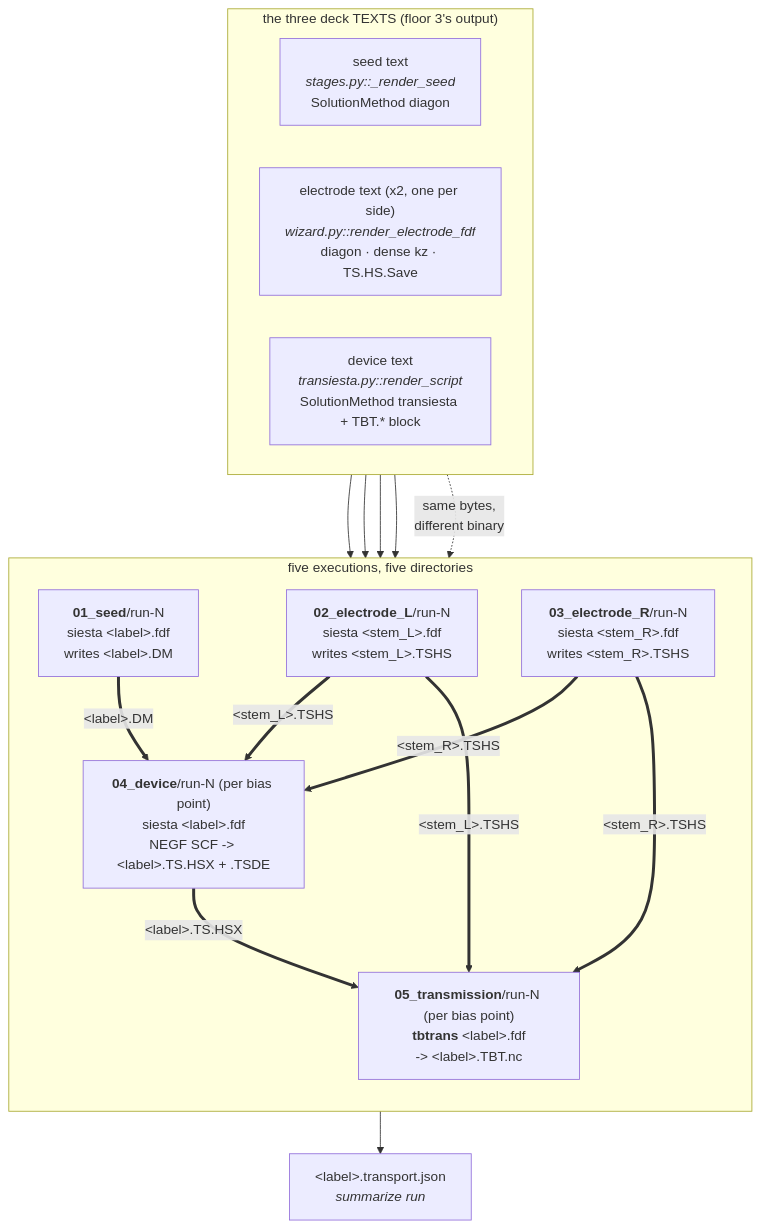
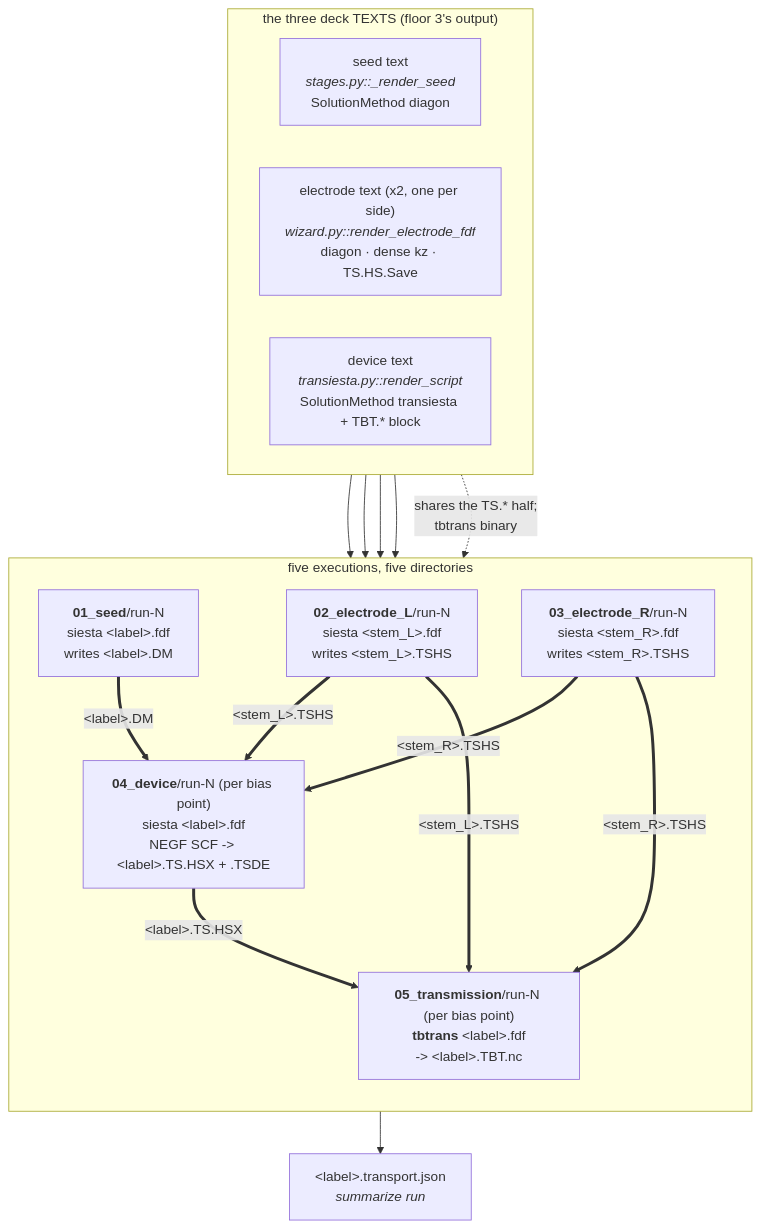
The eighth of 8 diagrams in docs/engines/transport.md (Qing-LAB/molbuilder), drawn with Mermaid before and after one commit. The commit also changed other lines of this file, not shown here.

````diff
--- a/docs/engines/transport.md
+++ b/docs/engines/transport.md
@@ -1532,32 +1683,32 @@
 ```mermaid
 flowchart TB
     subgraph TXT["the three deck TEXTS (floor 3's output)"]
       direction LR
       T1["seed text<br/><i>stages.py::_render_seed</i><br/>SolutionMethod diagon"]
       T2["electrode text (x2, one per side)<br/><i>wizard.py::render_electrode_fdf</i><br/>diagon · dense kz · TS.HS.Save"]
       T3["device text<br/><i>transiesta.py::render_script</i><br/>SolutionMethod transiesta + TBT.* block"]
     end
 
     T1 --> S1
     T2 --> S2
     T2 --> S3
     T3 --> S4
-    T3 -.->|"same bytes,<br/>different binary"| S5
+    T3 -.->|"shares the TS.* half;<br/>tbtrans binary"| S5
 
     subgraph RUN["five executions, five directories"]
       direction TB
       S1["<b>01_seed</b>/run-N<br/>siesta &lt;label&gt;.fdf<br/>writes &lt;label&gt;.DM"]
       S2["<b>02_electrode_L</b>/run-N<br/>siesta &lt;stem_L&gt;.fdf<br/>writes &lt;stem_L&gt;.TSHS"]
       S3["<b>03_electrode_R</b>/run-N<br/>siesta &lt;stem_R&gt;.fdf<br/>writes &lt;stem_R&gt;.TSHS"]
       S4["<b>04_device</b>/run-N (per bias point)<br/>siesta &lt;label&gt;.fdf<br/>NEGF SCF -> &lt;label&gt;.TS.HSX + .TSDE"]
       S5["<b>05_transmission</b>/run-N (per bias point)<br/><b>tbtrans</b> &lt;label&gt;.fdf<br/>-> &lt;label&gt;.TBT.nc"]
     end
 
     S1 ==>|"&lt;label&gt;.DM"| S4
     S2 ==>|"&lt;stem_L&gt;.TSHS"| S4
     S3 ==>|"&lt;stem_R&gt;.TSHS"| S4
     S2 ==>|"&lt;stem_L&gt;.TSHS"| S5
     S3 ==>|"&lt;stem_R&gt;.TSHS"| S5
     S4 ==>|"&lt;label&gt;.TS.HSX"| S5
     S5 --> REC["&lt;label&gt;.transport.json<br/><i>summarize run</i>"]
 ```
````
